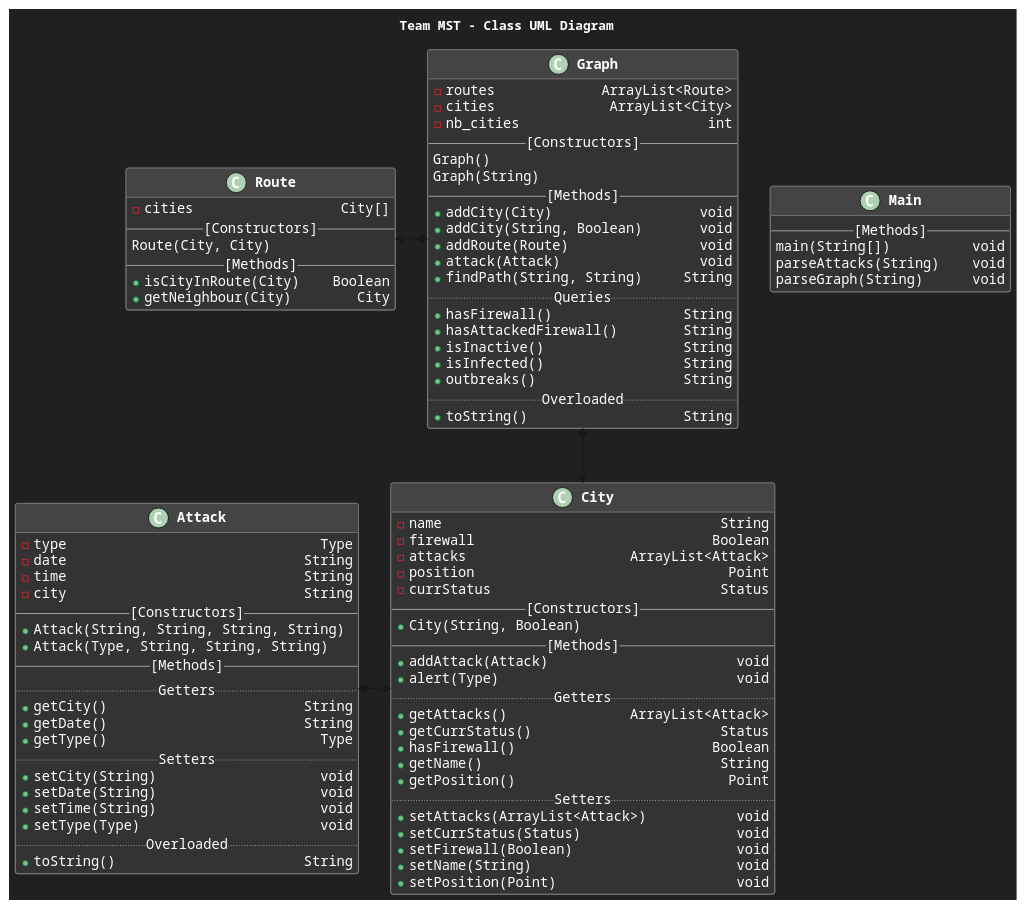
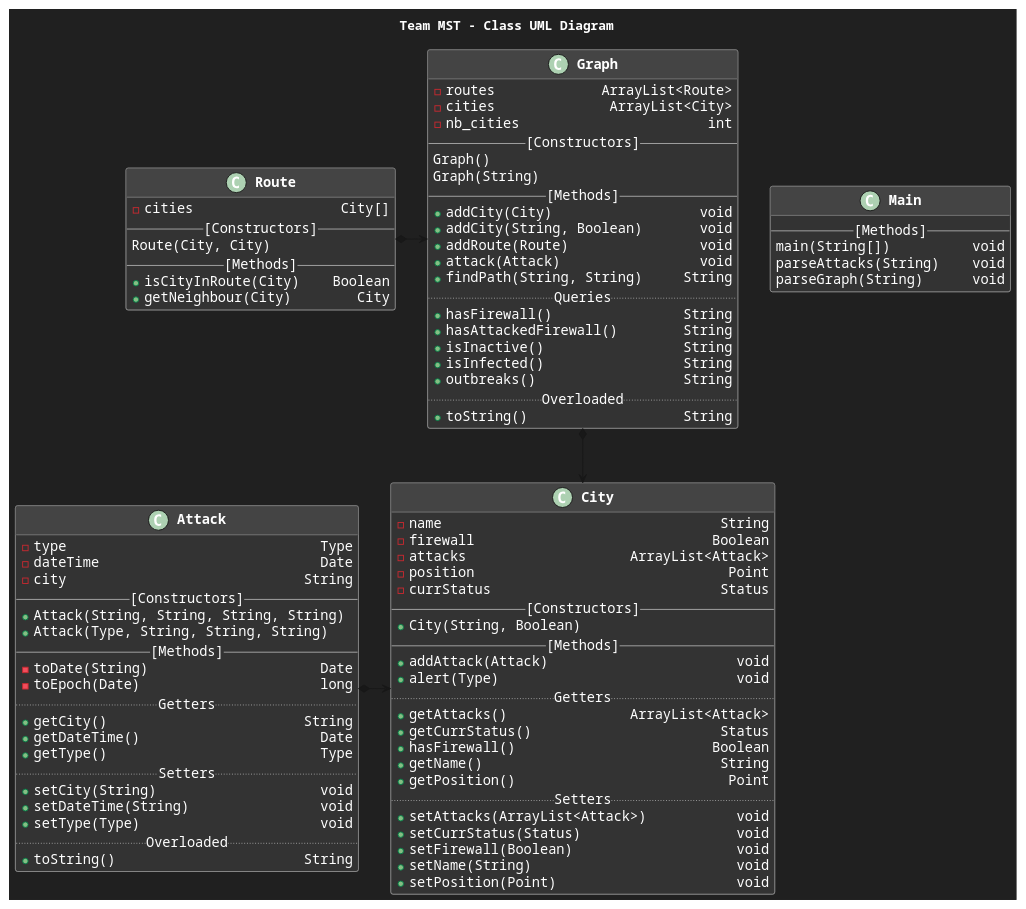
The diagram in structure.puml (FusionStreak/MST_TermProject), drawn with PlantUML before and after one commit. The commit also changed 2 other files, not shown here.

Commit message:
Cleaned up `Attack` class

```diff
--- a/structure.puml
+++ b/structure.puml
@@ -1,110 +1,110 @@
 @startuml GeneralStructure
 
 skinparam{
     backgroundColor 202020
     defaultFontName Courier
     defaultFontColor white
 
     ClassBackgroundColor 333333
     ClassBorderColor AAAAAA
     ClassHeaderBackgroundColor 444444
     ClassFontSize 17
     ClassFontStyle bold
     ClassAttributeFontSize 15
 
     lineType orthogonal
 }
 
 title Team MST - Class UML Diagram
 
 
 class Attack {
   -type                               Type
-  -date                             String
-  -time                             String
+  -dateTime                           Date
   -city                             String
   --[Constructors]--
   +Attack(String, String, String, String)
   +Attack(Type, String, String, String)
   --[Methods]--
+  -toDate(String)                     Date
+  -toEpoch(Date)                      long
   ..Getters..
   +getCity()                        String
-  +getDate()                        String
+  +getDateTime()                      Date
   +getType()                          Type
   ..Setters..
   +setCity(String)                    void
-  +setDate(String)                    void
-  +setTime(String)                    void
+  +setDateTime(String)                void
   +setType(Type)                      void
   ..Overloaded..
   +toString()                       String
 }
 
 class City {
--name                                  String
--firewall                             Boolean
--attacks                    ArrayList<Attack>
--position                               Point
--currStatus                            Status
---[Constructors]--
-+City(String, Boolean)
---[Methods]--
-+addAttack(Attack)                       void
-+alert(Type)                             void
-..Getters..
-+getAttacks()               ArrayList<Attack>
-+getCurrStatus()                       Status
-+hasFirewall()                        Boolean
-+getName()                             String
-+getPosition()                          Point
-..Setters..
-+setAttacks(ArrayList<Attack>)           void
-+setCurrStatus(Status)                   void
-+setFirewall(Boolean)                    void
-+setName(String)                         void
-+setPosition(Point)                      void
+  -name                                  String
+  -firewall                             Boolean
+  -attacks                    ArrayList<Attack>
+  -position                               Point
+  -currStatus                            Status
+  --[Constructors]--
+  +City(String, Boolean)
+  --[Methods]--
+  +addAttack(Attack)                       void
+  +alert(Type)                             void
+  ..Getters..
+  +getAttacks()               ArrayList<Attack>
+  +getCurrStatus()                       Status
+  +hasFirewall()                        Boolean
+  +getName()                             String
+  +getPosition()                          Point
+  ..Setters..
+  +setAttacks(ArrayList<Attack>)           void
+  +setCurrStatus(Status)                   void
+  +setFirewall(Boolean)                    void
+  +setName(String)                         void
+  +setPosition(Point)                      void
 }
 
 class Graph {
--routes             ArrayList<Route>
--cities              ArrayList<City>
--nb_cities                       int
---[Constructors]--
-Graph()
-Graph(String)
---[Methods]--
-+addCity(City)                  void
-+addCity(String, Boolean)       void
-+addRoute(Route)                void
-+attack(Attack)                 void
-+findPath(String, String)     String
-..Queries..
-+hasFirewall()                String
-+hasAttackedFirewall()        String
-+isInactive()                 String
-+isInfected()                 String
-+outbreaks()                  String
-..Overloaded..
-+toString()                   String
+  -routes             ArrayList<Route>
+  -cities              ArrayList<City>
+  -nb_cities                       int
+  --[Constructors]--
+  Graph()
+  Graph(String)
+  --[Methods]--
+  +addCity(City)                  void
+  +addCity(String, Boolean)       void
+  +addRoute(Route)                void
+  +attack(Attack)                 void
+  +findPath(String, String)     String
+  ..Queries..
+  +hasFirewall()                String
+  +hasAttackedFirewall()        String
+  +isInactive()                 String
+  +isInfected()                 String
+  +outbreaks()                  String
+  ..Overloaded..
+  +toString()                   String
 }
 
 class Route {
--cities                  City[]
---[Constructors]--
-Route(City, City)
---[Methods]--
-+isCityInRoute(City)    Boolean
-+getNeighbour(City)        City
+  -cities                  City[]
+  --[Constructors]--
+  Route(City, City)
+  --[Methods]--
+  +isCityInRoute(City)    Boolean
+  +getNeighbour(City)        City
 }
 
 class Main {
---[Methods]--
-main(String[])          void
-parseAttacks(String)    void
-parseGraph(String)      void
+  --[Methods]--
+  main(String[])          void
+  parseAttacks(String)    void
+  parseGraph(String)      void
 }
 
 City <--l--* Attack
 Graph *--> City
-Graph *-l-> Route
+Graph <-l-* Route
 @enduml
```
